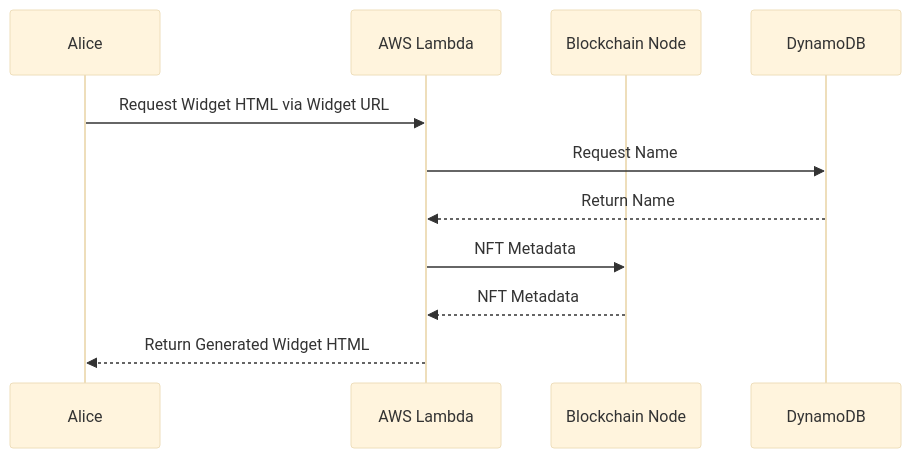
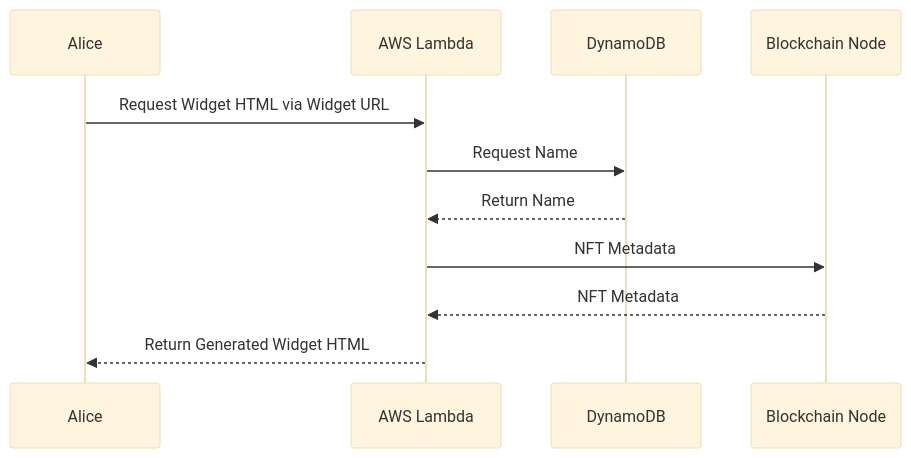
One commit to TheKnightCoder/Github-Profile-NFT-Viewer changed the second of 2 diagrams in README.md. Above: the diagram before and after it, drawn with Mermaid (base theme). The commit also changed other lines of this file, not shown here.

Commit message:
update seq diagram

````diff
--- a/README.md
+++ b/README.md
@@ -28,13 +27,14 @@
 ```mermaid
 sequenceDiagram
   participant Alice
   participant AWS Lambda
+  participant DynamoDB
   participant Blockchain Node
 
   Alice->>AWS Lambda: Request Widget HTML via Widget URL
   AWS Lambda->>DynamoDB: Request Name
   DynamoDB-->>AWS Lambda: Return Name
   AWS Lambda->>Blockchain Node: NFT Metadata
   Blockchain Node-->>AWS Lambda: NFT Metadata
   AWS Lambda-->>Alice: Return Generated Widget HTML
 ```
````
